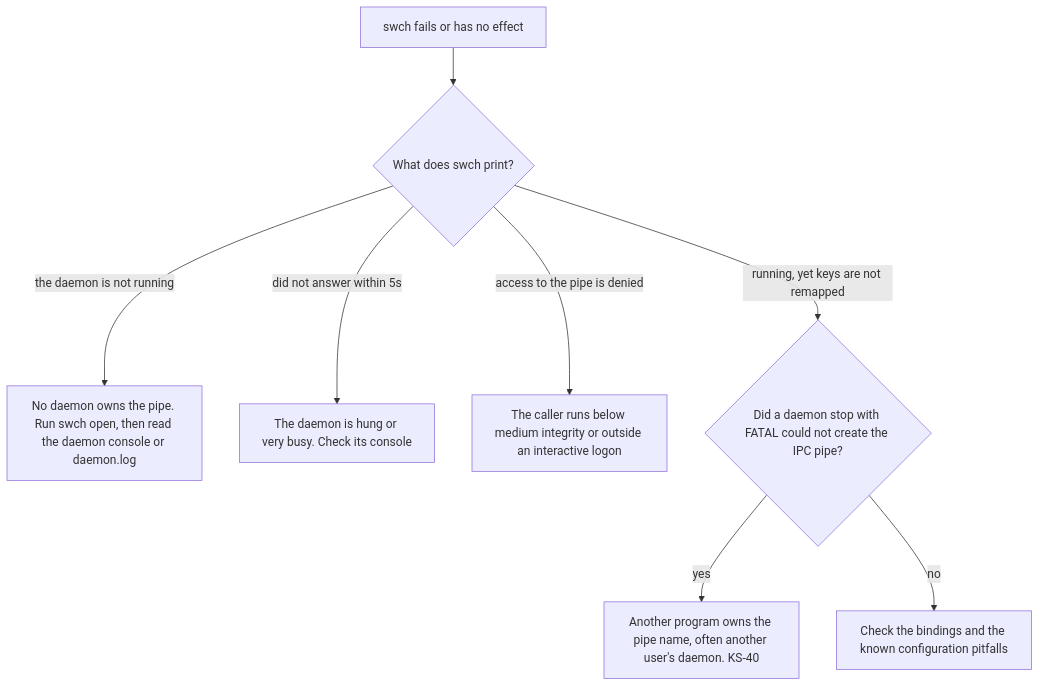
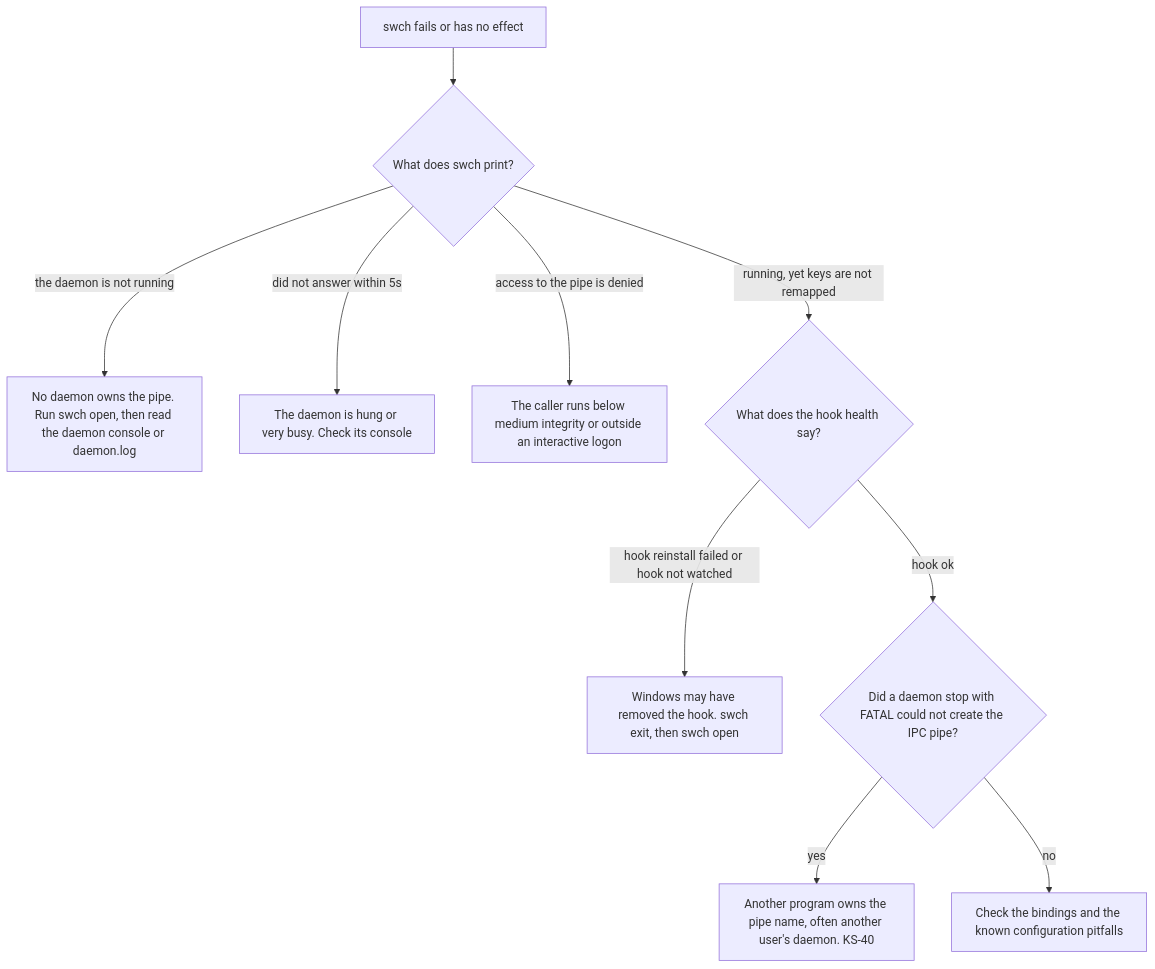
The third of 3 diagrams in book/src/build-and-run.md (bluesteelll/key-switch-rs), drawn with Mermaid before and after one commit. The commit also changed other lines of this file and 20 other files, not shown here.

````diff
--- a/book/src/build-and-run.md
+++ b/book/src/build-and-run.md
@@ -439,10 +467,12 @@
 ```mermaid
 flowchart TD
     A["swch fails or has no effect"] --> B{"What does swch print?"}
     B -->|"the daemon is not running"| D["No daemon owns the pipe. Run swch open, then read the daemon console or daemon.log"]
     B -->|"did not answer within 5s"| E["The daemon is hung or very busy. Check its console"]
     B -->|"access to the pipe is denied"| F["The caller runs below medium integrity or outside an interactive logon"]
-    B -->|"running, yet keys are not remapped"| G{"Did a daemon stop with FATAL could not create the IPC pipe?"}
+    B -->|"running, yet keys are not remapped"| HL{"What does the hook health say?"}
+    HL -->|"hook reinstall failed or hook not watched"| R["Windows may have removed the hook. swch exit, then swch open"]
+    HL -->|"hook ok"| G{"Did a daemon stop with FATAL could not create the IPC pipe?"}
     G -->|yes| H["Another program owns the pipe name, often another user's daemon. KS-40"]
     G -->|no| I["Check the bindings and the known configuration pitfalls"]
 ```
````
